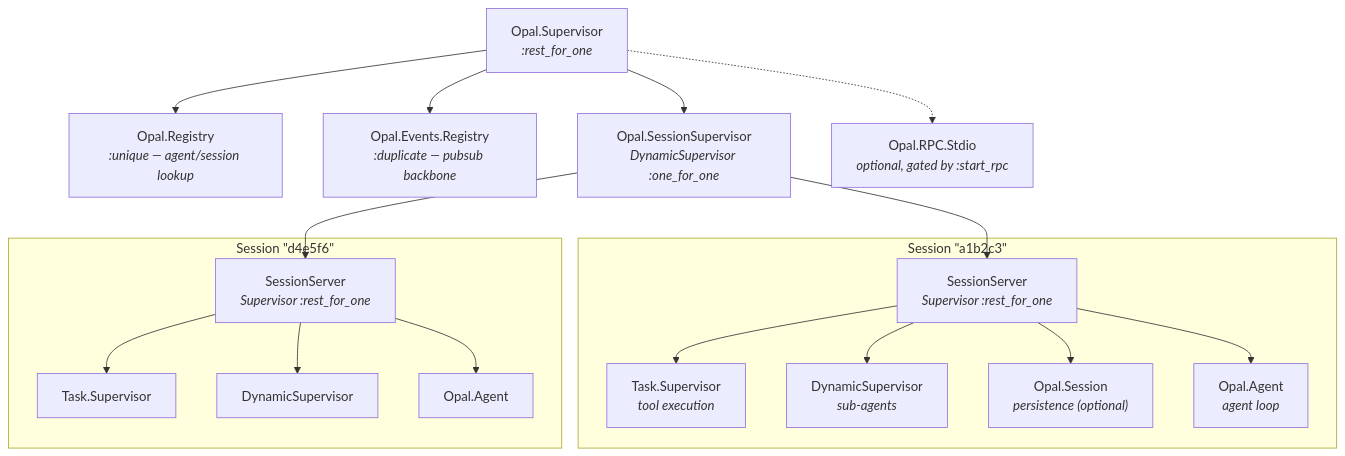
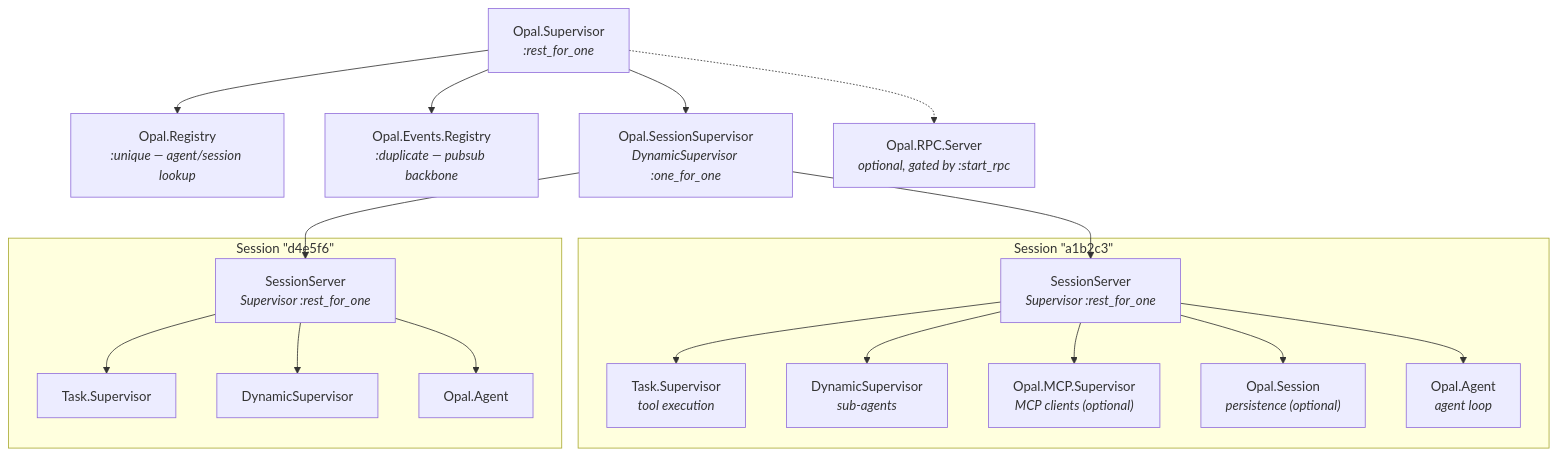
Before and after one commit to matteing/opal: the first of 10 diagrams in docs/supervision.md, drawn with Mermaid. The commit also changed other lines of this file and 37 other files, not shown here.

````diff
--- a/docs/supervision.md
+++ b/docs/supervision.md
@@ -13,38 +13,40 @@
 ```mermaid
 graph TD
     OpalSup["Opal.Supervisor<br/><i>:rest_for_one</i>"]
     AgentRegistry["Opal.Registry<br/><i>:unique — agent/session lookup</i>"]
     Registry["Opal.Events.Registry<br/><i>:duplicate — pubsub backbone</i>"]
     SessionSup["Opal.SessionSupervisor<br/><i>DynamicSupervisor :one_for_one</i>"]
-    Stdio["Opal.RPC.Stdio<br/><i>optional, gated by :start_rpc</i>"]
+    Stdio["Opal.RPC.Server<br/><i>optional, gated by :start_rpc</i>"]
 
     OpalSup --> AgentRegistry
     OpalSup --> Registry
     OpalSup --> SessionSup
     OpalSup -.-> Stdio
 
     subgraph session_a["Session &quot;a1b2c3&quot;"]
         SSA["SessionServer<br/><i>Supervisor :rest_for_one</i>"]
         TSA["Task.Supervisor<br/><i>tool execution</i>"]
         DSA["DynamicSupervisor<br/><i>sub-agents</i>"]
+        MCPA["Opal.MCP.Supervisor<br/><i>MCP clients (optional)</i>"]
         SesA["Opal.Session<br/><i>persistence (optional)</i>"]
         AgentA["Opal.Agent<br/><i>agent loop</i>"]
         SSA --> TSA
         SSA --> DSA
+        SSA --> MCPA
         SSA --> SesA
         SSA --> AgentA
     end
 
     subgraph session_b["Session &quot;d4e5f6&quot;"]
         SSB["SessionServer<br/><i>Supervisor :rest_for_one</i>"]
         TSB["Task.Supervisor"]
         DSB["DynamicSupervisor"]
         AgentB["Opal.Agent"]
         SSB --> TSB
         SSB --> DSB
         SSB --> AgentB
     end
 
     SessionSup --> SSA
     SessionSup --> SSB
 ```
````
